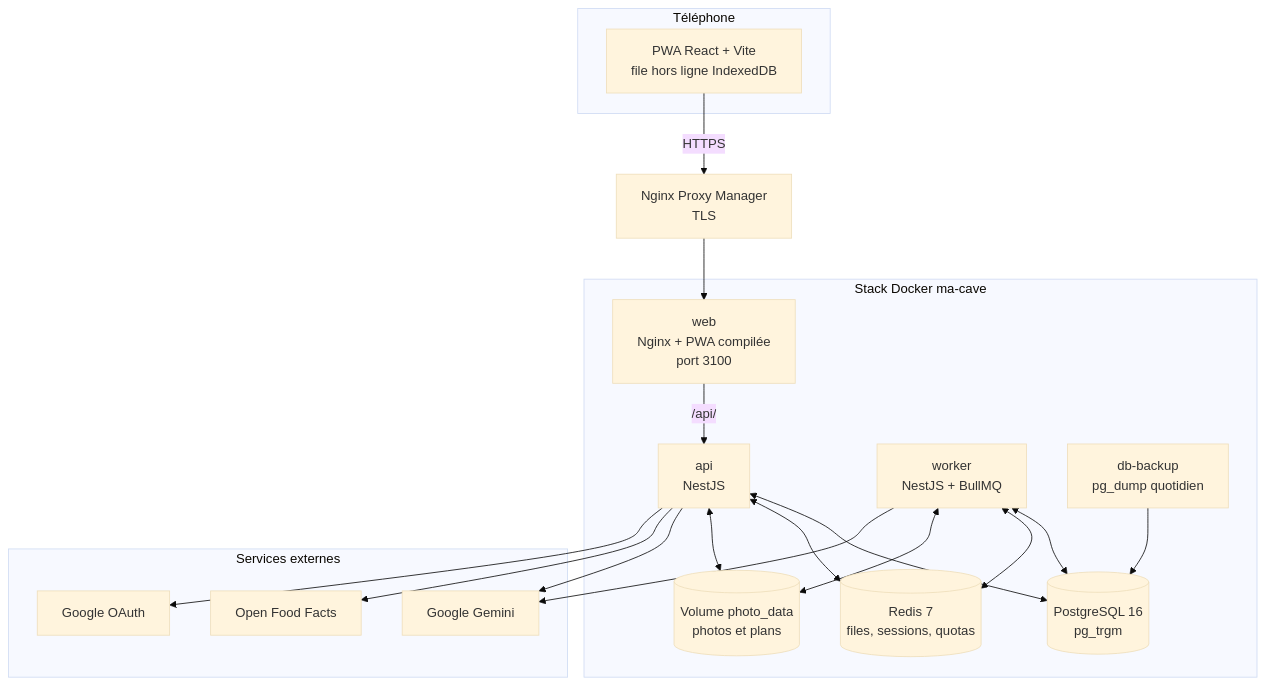
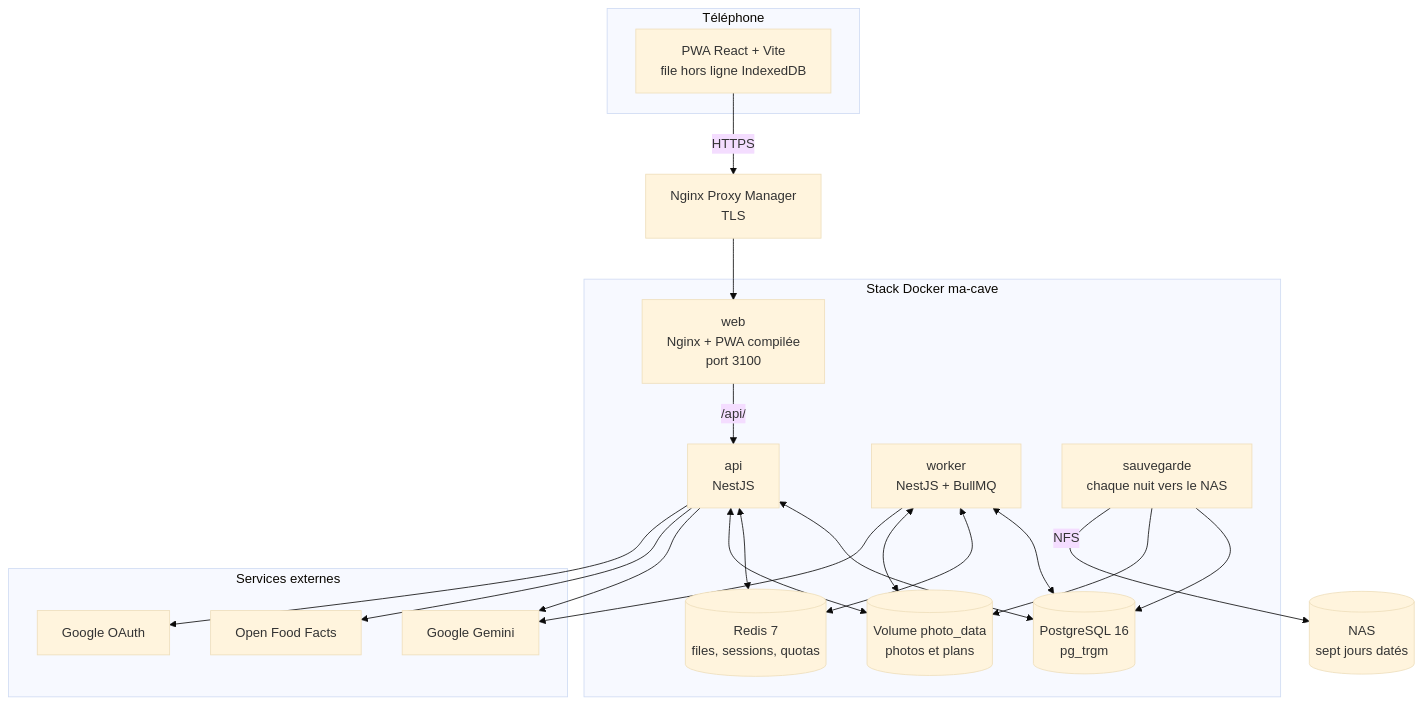
One commit to djkix/ma-cave changed the first of 2 diagrams in README.md. Above: the diagram before and after it, drawn with Mermaid (base theme). The commit also changed other lines of this file and 2 other files, not shown here.

Commit message:
docs: sauvegarde vers le NAS (README, guide, passage, cahier des charges)

````diff
--- a/README.md
+++ b/README.md
@@ -193,38 +194,40 @@
 ```mermaid
 flowchart TB
     subgraph Client["Téléphone"]
         PWA["PWA React + Vite<br/>file hors ligne IndexedDB"]
     end
 
     NPM["Nginx Proxy Manager<br/>TLS"]
 
     subgraph Stack["Stack Docker ma-cave"]
         WEB["web<br/>Nginx + PWA compilée<br/>port 3100"]
         API["api<br/>NestJS"]
         WRK["worker<br/>NestJS + BullMQ"]
         PG[("PostgreSQL 16<br/>pg_trgm")]
         RD[("Redis 7<br/>files, sessions, quotas")]
         PH[("Volume photo_data<br/>photos et plans")]
-        BK["db-backup<br/>pg_dump quotidien"]
+        SV["sauvegarde<br/>chaque nuit vers le NAS"]
     end
 
     subgraph External["Services externes"]
         GEM["Google Gemini"]
         OFF["Open Food Facts"]
         GOA["Google OAuth"]
     end
 
     PWA -->|HTTPS| NPM --> WEB
     WEB -->|"/api/"| API
     API <--> PG
     API <--> RD
     API <--> PH
     WRK <--> PG
     WRK <--> RD
     WRK <--> PH
     WRK --> GEM
     API --> GEM
     API --> OFF
     API --> GOA
-    BK --> PG
+    SV --> PG
+    SV --> PH
+    SV -->|NFS| NAS[("NAS<br/>sept jours datés")]
 ```
````
